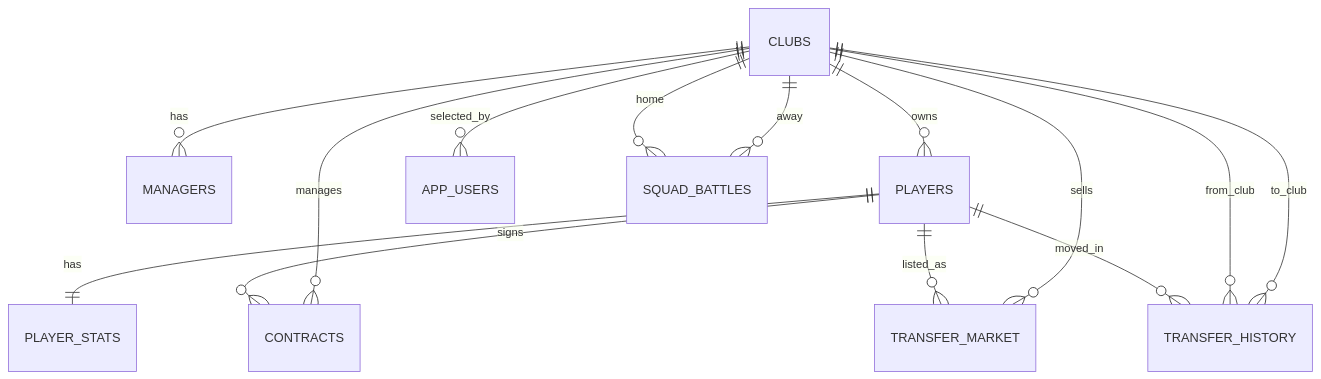
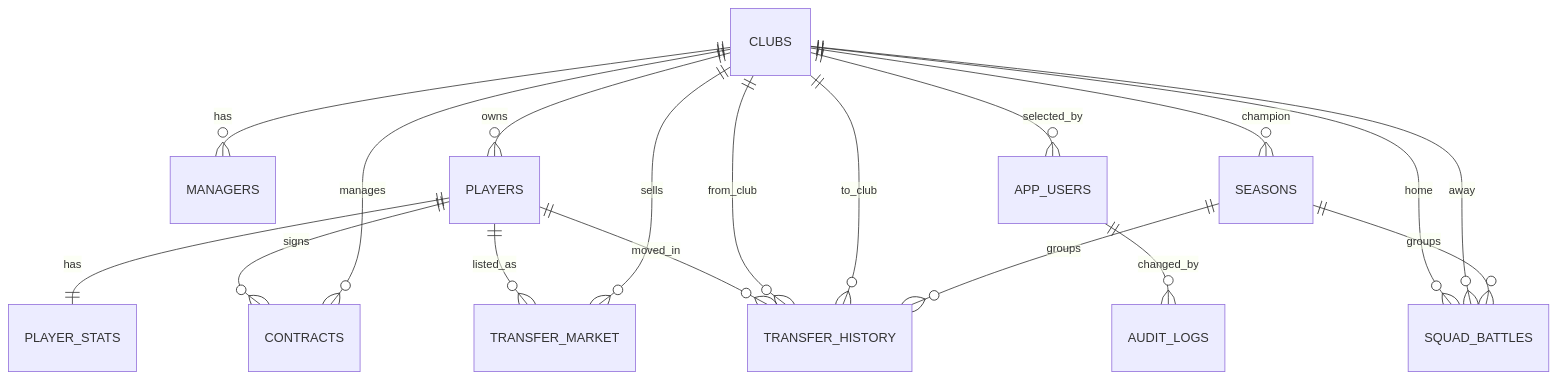
Before and after one commit to Jo-0809/Database-project: the diagram in docs/ERD.mmd, drawn with Mermaid. The commit also changed 22 other files, not shown here.

```diff
--- a/docs/ERD.mmd
+++ b/docs/ERD.mmd
@@ -1,14 +1,18 @@
 erDiagram
     CLUBS ||--o{ MANAGERS : has
     CLUBS ||--o{ PLAYERS : owns
     PLAYERS ||--|| PLAYER_STATS : has
     PLAYERS ||--o{ CONTRACTS : signs
     CLUBS ||--o{ CONTRACTS : manages
     CLUBS ||--o{ APP_USERS : selected_by
     PLAYERS ||--o{ TRANSFER_MARKET : listed_as
     CLUBS ||--o{ TRANSFER_MARKET : sells
     PLAYERS ||--o{ TRANSFER_HISTORY : moved_in
     CLUBS ||--o{ TRANSFER_HISTORY : from_club
     CLUBS ||--o{ TRANSFER_HISTORY : to_club
     CLUBS ||--o{ SQUAD_BATTLES : home
     CLUBS ||--o{ SQUAD_BATTLES : away
+    SEASONS ||--o{ TRANSFER_HISTORY : groups
+    SEASONS ||--o{ SQUAD_BATTLES : groups
+    CLUBS ||--o{ SEASONS : champion
+    APP_USERS ||--o{ AUDIT_LOGS : changed_by
```
